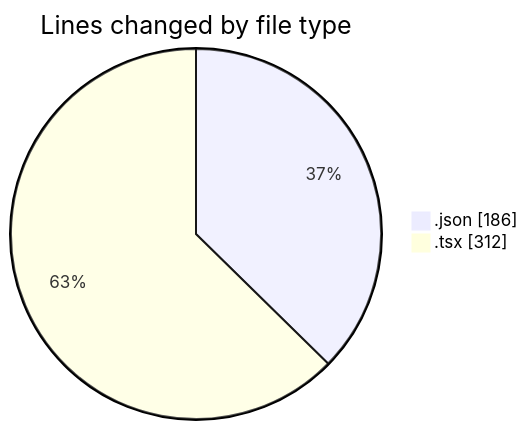
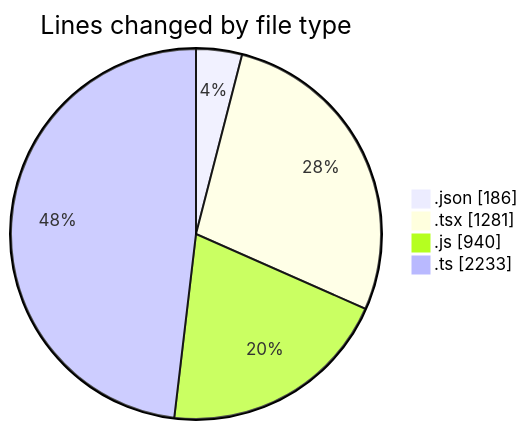
The first of 2 diagrams in 2026-07-14/cda/README.md (momahboobian/code-tracking), drawn with Mermaid before and after one commit. The commit also changed other lines of this file and 1 other file, not shown here.

````diff
--- a/2026-07-14/cda/README.md
+++ b/2026-07-14/cda/README.md
@@ -21,6 +44,8 @@
 ```mermaid
 pie showData
 title Lines changed by file type
 ".json" : 186
-".tsx" : 312
+".tsx" : 1281
+".js" : 940
+".ts" : 2233
 ```
````
